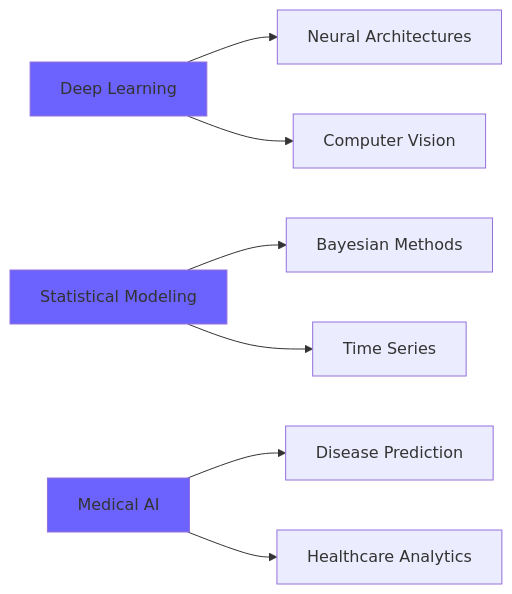
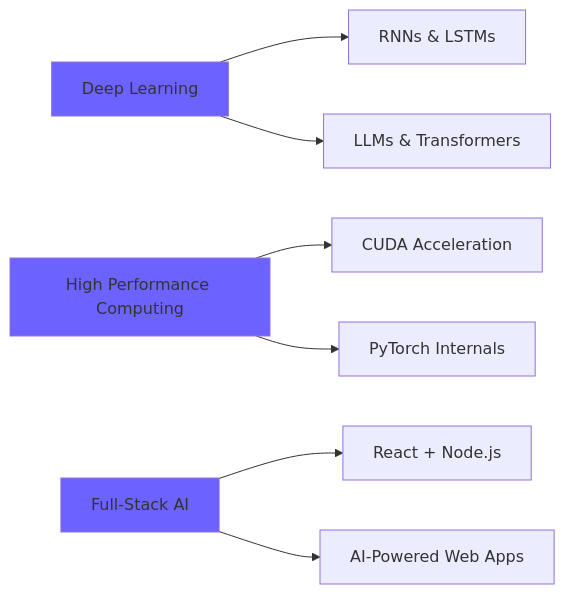
Before and after one commit to Dumee-25/Dumee-25: the diagram in README.md, drawn with Mermaid. The commit also changed other lines of this file, not shown here.

````diff
--- a/README.md
+++ b/README.md
@@ -195,13 +222,13 @@
 ```mermaid
 graph LR
-    A[Deep Learning] --> B[Neural Architectures]
-    A --> C[Computer Vision]
-    D[Statistical Modeling] --> E[Bayesian Methods]
-    D --> F[Time Series]
-    G[Medical AI] --> H[Disease Prediction]
-    G --> I[Healthcare Analytics]
-    
+    A[Deep Learning] --> B[RNNs & LSTMs]
+    A --> C[LLMs & Transformers]
+    D[High Performance Computing] --> E[CUDA Acceleration]
+    D --> F[PyTorch Internals]
+    G[Full-Stack AI] --> H[React + Node.js]
+    G --> I[AI-Powered Web Apps]
+
     style A fill:#6C63FF
     style D fill:#6C63FF
     style G fill:#6C63FF
 ```
````
